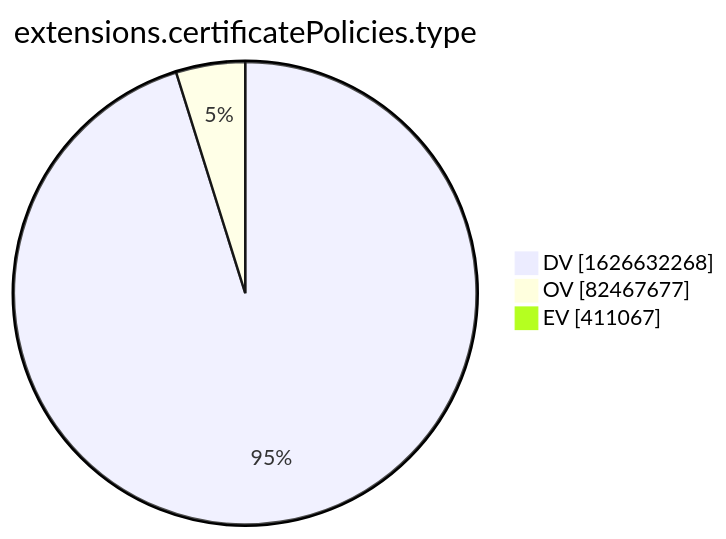
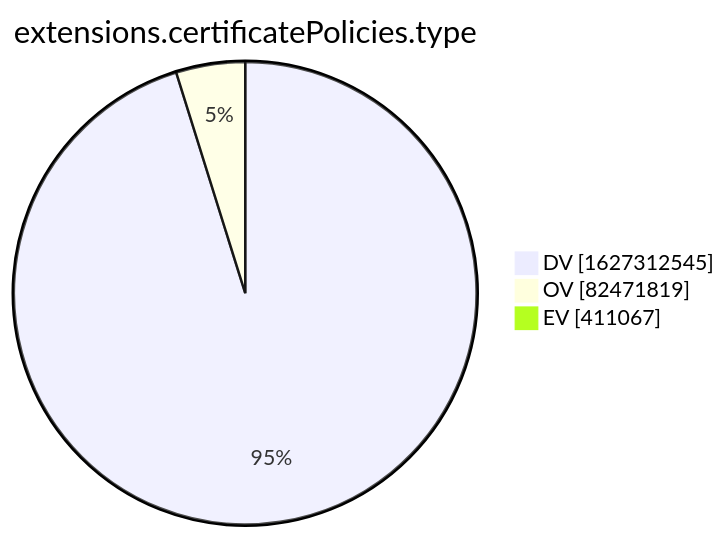
The tenth of 15 diagrams in xenon2022/README.md (christiankrug/ctmonitor_visualization), drawn with Mermaid before and after one commit. The commit also changed other lines of this file, not shown here.

````diff
--- a/xenon2022/README.md
+++ b/xenon2022/README.md
@@ -2878,7 +2878,7 @@
 ```mermaid
 pie showData
 title extensions.certificatePolicies.type
-"DV" :1626632268
-"OV" :82467677
+"DV" :1627312545
+"OV" :82471819
 "EV" :411067
 ```
````
